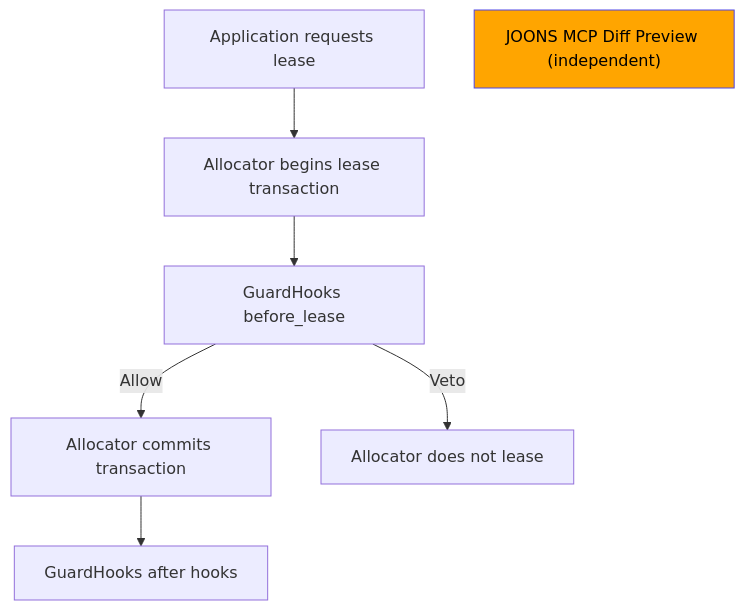
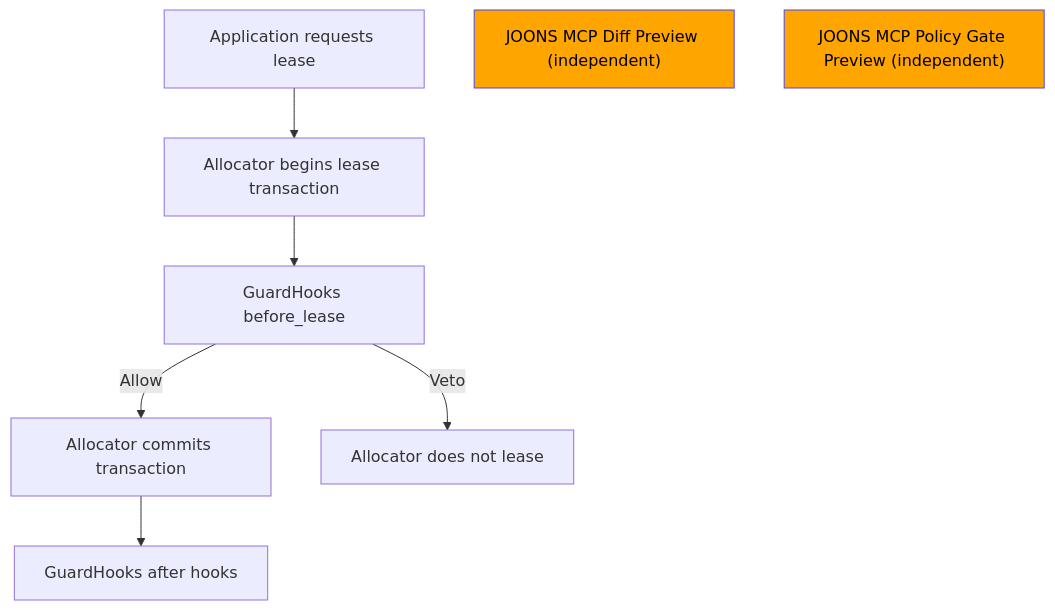
Before and after one commit to dbdefault/joons-ecosystem: the third of 3 diagrams in docs/ARCHITECTURE.md, drawn with Mermaid. The commit also changed other lines of this file and 6 other files, not shown here.

Commit message:
Docs: add JOONS MCP Policy Gate v0.1.0 Preview

````diff
--- a/docs/ARCHITECTURE.md
+++ b/docs/ARCHITECTURE.md
@@ -100,11 +105,12 @@
 ```mermaid
 flowchart TD
     App["Application requests lease"] --> Begin["Allocator begins lease transaction"]
     Begin --> Before["GuardHooks before_lease"]
     Before -->|"Allow"| Commit["Allocator commits transaction"]
     Commit --> After["GuardHooks after hooks"]
     Before -->|"Veto"| Stop["Allocator does not lease"]
     Diff["JOONS MCP Diff Preview (independent)"]
+    PolicyGate["JOONS MCP Policy Gate Preview (independent)"]
     classDef preview fill:#ffa500,stroke:#4F46E5,color:#000
-    class Diff preview
+    class Diff,PolicyGate preview
 ```
````
